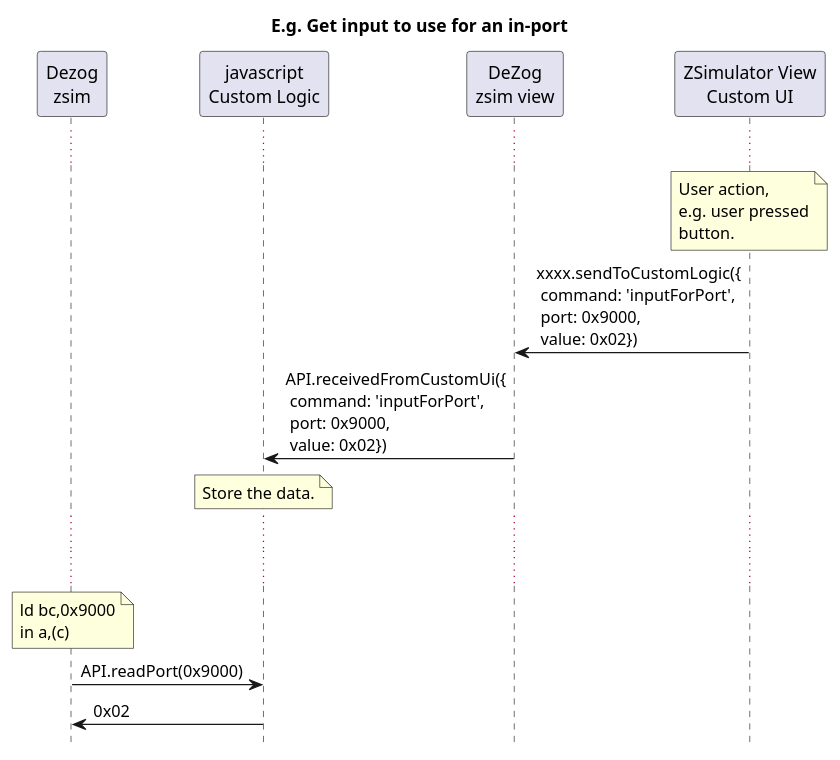
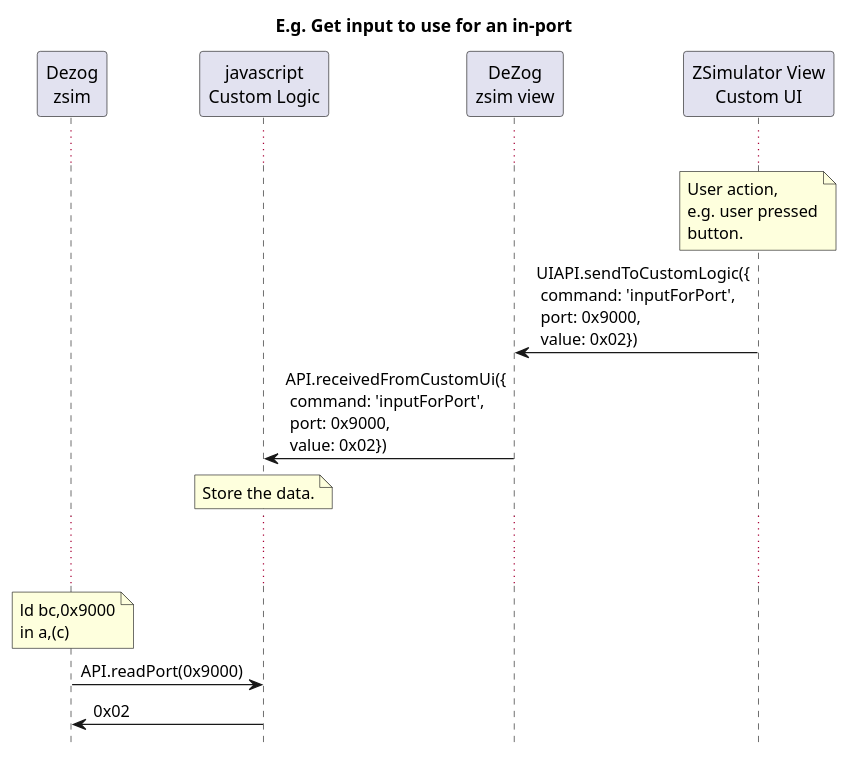
The eighth of 9 diagrams in documentation/zsimPeripherals.md (maziac/DeZog), drawn with PlantUML before and after one commit. The commit also changed other lines of this file, not shown here.

Commit message:
Documentation for UIAPI.

```diff
--- a/documentation/zsimPeripherals.md
+++ b/documentation/zsimPeripherals.md
@@ -289,19 +289,19 @@
 ~~~puml
 hide footbox
 title E.g. Get input to use for an in-port
 participant zsim as "Dezog\nzsim"
 participant js as "javascript\nCustom Logic"
 participant dezog as "DeZog\nzsim view"
 participant ui as "ZSimulator View\nCustom UI"
 
 ...
 note over ui: User action,\ne.g. user pressed\nbutton.
-dezog <- ui: xxxx.sendToCustomLogic({\n command: 'inputForPort',\n port: 0x9000,\n value: 0x02})
+dezog <- ui: UIAPI.sendToCustomLogic({\n command: 'inputForPort',\n port: 0x9000,\n value: 0x02})
 js <- dezog: API.receivedFromCustomUi({\n command: 'inputForPort',\n port: 0x9000,\n value: 0x02})
 note over js: Store the data.
 ...
 ...
 note over zsim: ld bc,0x9000\nin a,(c)
 zsim -> js: API.readPort(0x9000)
 zsim <- js: 0x02
 ~~~
```
